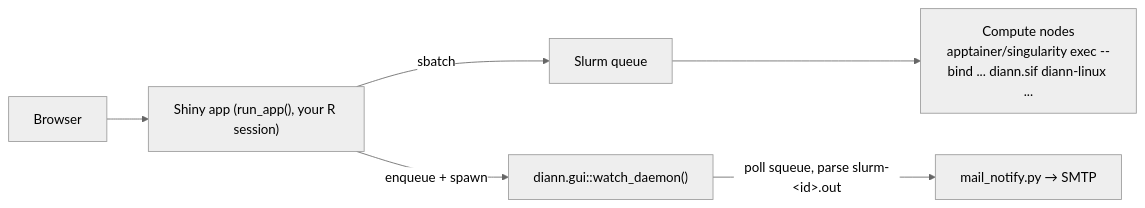
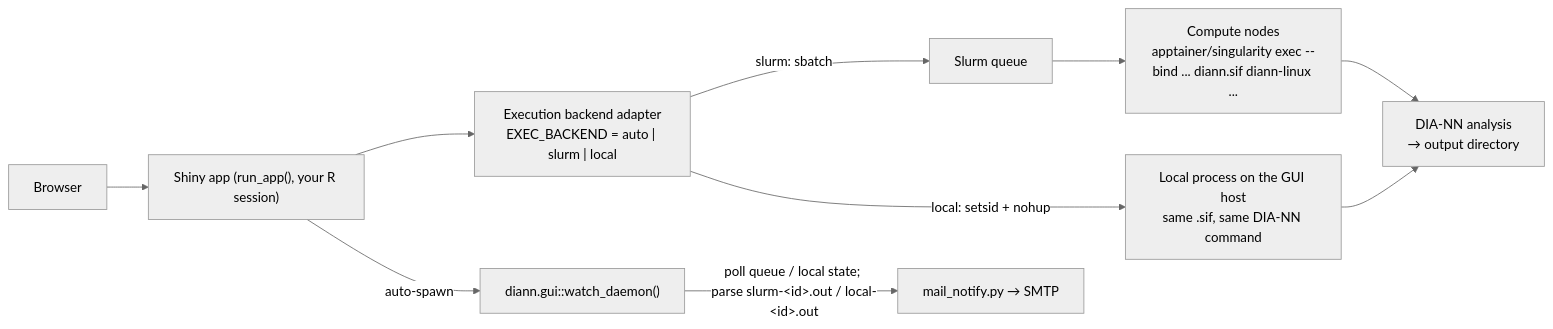
Before and after one commit to zhangdong360/diann-gui: the diagram in README.md, drawn with Mermaid (neutral theme). The commit also changed other lines of this file and 5 other files, not shown here.

Commit message:
v1.12: documentation and release metadata (optional Slurm backend / local mode)

````diff
--- a/README.md
+++ b/README.md
@@ -103,8 +122,12 @@
 ```mermaid
 flowchart LR
     B[Browser] --> SS["Shiny app (run_app(), your R session)"]
-    SS -->|"sbatch"| Q[Slurm queue]
+    SS --> AD["Execution backend adapter<br/>EXEC_BACKEND = auto | slurm | local"]
+    AD -->|"slurm: sbatch"| Q[Slurm queue]
     Q --> CN["Compute nodes<br/>apptainer/singularity exec --bind ... diann.sif diann-linux ..."]
-    SS -->|"enqueue + spawn"| W["diann.gui::watch_daemon()"]
-    W -->|"poll squeue, parse slurm-&lt;id&gt;.out"| M["mail_notify.py → SMTP"]
+    AD -->|"local: setsid + nohup"| LP["Local process on the GUI host<br/>same .sif, same DIA-NN command"]
+    CN --> DN["DIA-NN analysis<br/>→ output directory"]
+    LP --> DN
+    SS -->|"auto-spawn"| W["diann.gui::watch_daemon()"]
+    W -->|"poll queue / local state; parse slurm-&lt;id&gt;.out / local-&lt;id&gt;.out"| M["mail_notify.py → SMTP"]
 ```
````
